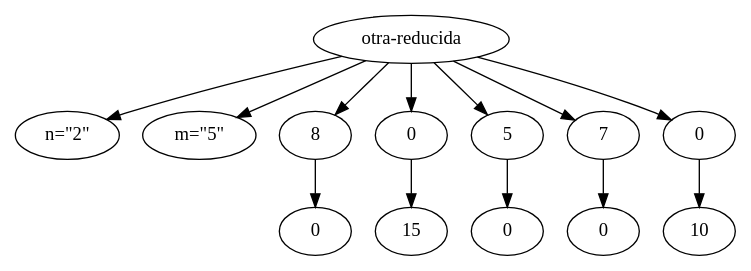
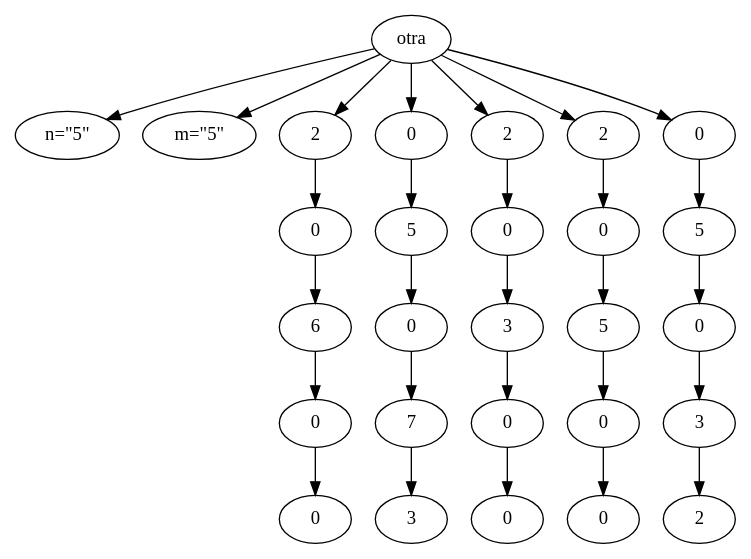
The diagram in reportes/grafo.gv (pereznator/IPC2_Proyecto1_201900810), drawn with Graphviz before and after one commit. The commit also changed 19 other files, not shown here.

```diff
--- a/reportes/grafo.gv
+++ b/reportes/grafo.gv
@@ -1,28 +1,58 @@
 // Comentario
 digraph {
-	nombre [label="otra-reducida"]
-	n [label="n=\"2\""]
+	nombre [label=otra]
+	n [label="n=\"5\""]
 	m [label="m=\"5\""]
 	nombre -> n
 	nombre -> m
-	11 [label=8]
+	11 [label=2]
 	nombre -> 11
 	21 [label=0]
 	nombre -> 21
-	31 [label=5]
+	31 [label=2]
 	nombre -> 31
-	41 [label=7]
+	41 [label=2]
 	nombre -> 41
 	51 [label=0]
 	nombre -> 51
+	13 [label=6]
+	12 -> 13
+	23 [label=0]
+	22 -> 23
+	33 [label=3]
+	32 -> 33
+	43 [label=5]
+	42 -> 43
+	53 [label=0]
+	52 -> 53
 	12 [label=0]
 	11 -> 12
-	22 [label=15]
+	22 [label=5]
 	21 -> 22
 	32 [label=0]
 	31 -> 32
 	42 [label=0]
 	41 -> 42
-	52 [label=10]
+	52 [label=5]
 	51 -> 52
+	14 [label=0]
+	13 -> 14
+	24 [label=7]
+	23 -> 24
+	34 [label=0]
+	33 -> 34
+	44 [label=0]
+	43 -> 44
+	54 [label=3]
+	53 -> 54
+	15 [label=0]
+	14 -> 15
+	25 [label=3]
+	24 -> 25
+	35 [label=0]
+	34 -> 35
+	45 [label=0]
+	44 -> 45
+	55 [label=2]
+	54 -> 55
 }
```
